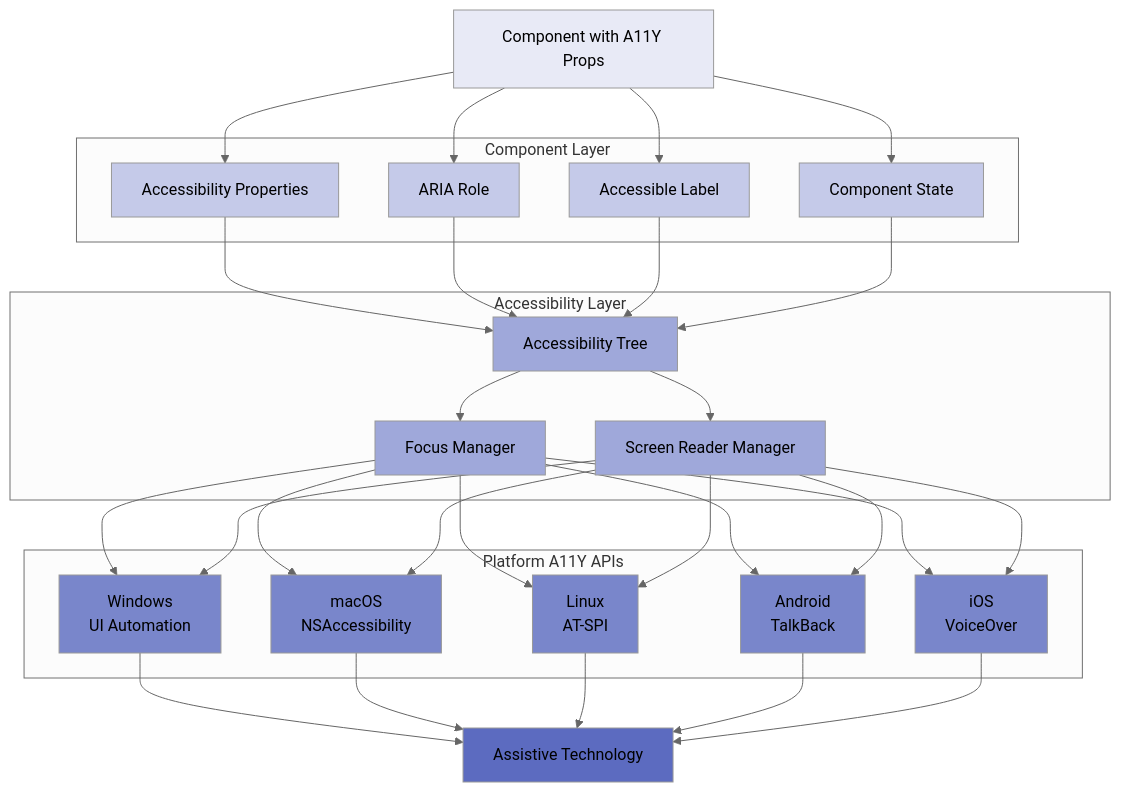
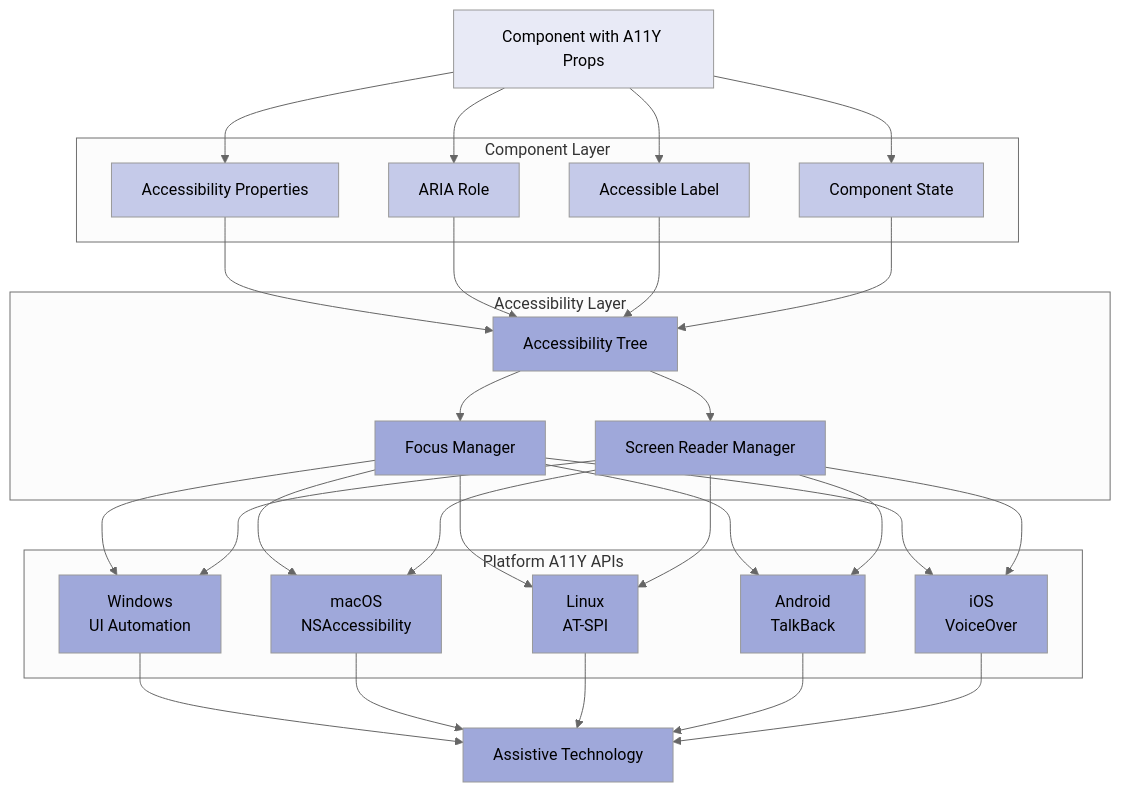
The eighth of 10 diagrams in docs/design/architecture/Data_Flow.md (JEleniel/engage-ux), drawn with Mermaid (neutral theme) before and after one commit. The commit also changed other lines of this file and 4 other files, not shown here.

First line of the commit message:
Fix WCAG AAA compliance and improve diagram color consistency

````diff
--- a/docs/design/architecture/Data_Flow.md
+++ b/docs/design/architecture/Data_Flow.md
@@ -331,73 +331,73 @@
 ```mermaid
 flowchart TB
     START[Component with A11Y Props]
     
     subgraph "Component Layer"
         PROPS[Accessibility Properties]
         ROLE[ARIA Role]
         LABEL[Accessible Label]
         STATE[Component State]
     end
     
     subgraph "Accessibility Layer"
         TREE[Accessibility Tree]
         FOCUS[Focus Manager]
         SR[Screen Reader Manager]
     end
     
     subgraph "Platform A11Y APIs"
         WIN_A11Y[Windows<br/>UI Automation]
         MAC_A11Y[macOS<br/>NSAccessibility]
         LIN_A11Y[Linux<br/>AT-SPI]
         AND_A11Y[Android<br/>TalkBack]
         IOS_A11Y[iOS<br/>VoiceOver]
     end
     
     ASSISTIVE[Assistive Technology]
     
     START --> PROPS
     START --> ROLE
     START --> LABEL
     START --> STATE
     
     PROPS --> TREE
     ROLE --> TREE
     LABEL --> TREE
     STATE --> TREE
     
     TREE --> FOCUS
     TREE --> SR
     
     FOCUS --> WIN_A11Y
     FOCUS --> MAC_A11Y
     FOCUS --> LIN_A11Y
     FOCUS --> AND_A11Y
     FOCUS --> IOS_A11Y
     
     SR --> WIN_A11Y
     SR --> MAC_A11Y
     SR --> LIN_A11Y
     SR --> AND_A11Y
     SR --> IOS_A11Y
     
     WIN_A11Y --> ASSISTIVE
     MAC_A11Y --> ASSISTIVE
     LIN_A11Y --> ASSISTIVE
     AND_A11Y --> ASSISTIVE
     IOS_A11Y --> ASSISTIVE
     
     style START fill:#e8eaf6
     style PROPS fill:#c5cae9
     style ROLE fill:#c5cae9
     style LABEL fill:#c5cae9
     style STATE fill:#c5cae9
     style TREE fill:#9fa8da
     style FOCUS fill:#9fa8da
     style SR fill:#9fa8da
-    style WIN_A11Y fill:#7986cb
-    style MAC_A11Y fill:#7986cb
-    style LIN_A11Y fill:#7986cb
-    style AND_A11Y fill:#7986cb
-    style IOS_A11Y fill:#7986cb
-    style ASSISTIVE fill:#5c6bc0
+    style WIN_A11Y fill:#9fa8da
+    style MAC_A11Y fill:#9fa8da
+    style LIN_A11Y fill:#9fa8da
+    style AND_A11Y fill:#9fa8da
+    style IOS_A11Y fill:#9fa8da
+    style ASSISTIVE fill:#9fa8da
 ```
````
